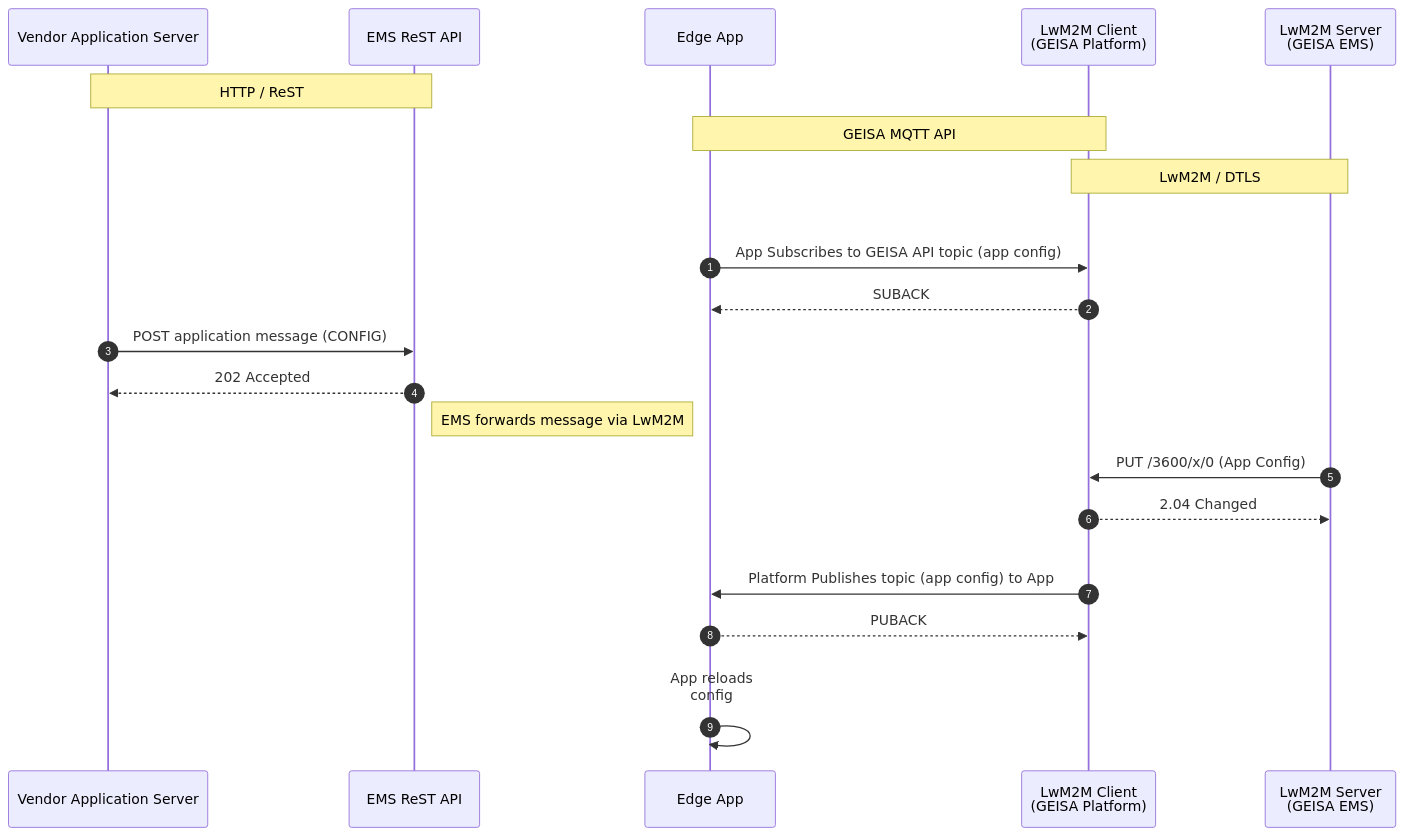
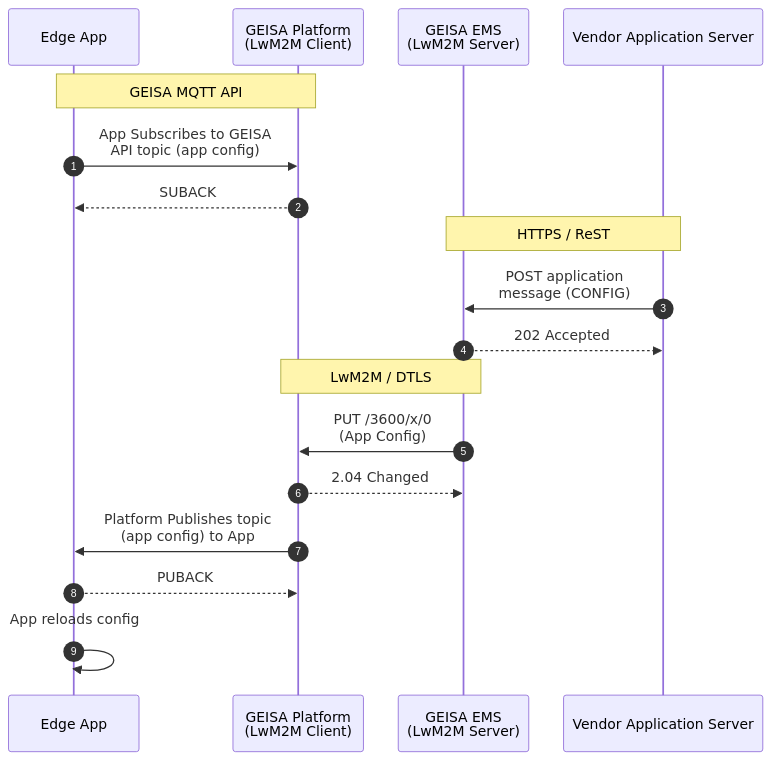
The diagram in source/adm/app-messaging-config.mermaid (geisa/specification), drawn with Mermaid before and after one commit. The commit also changed 2 other files, not shown here.

Commit message:
Update GEISA ADM OMA object baseline to 2.0

```diff
--- a/source/adm/app-messaging-config.mermaid
+++ b/source/adm/app-messaging-config.mermaid
@@ -1,36 +1,34 @@
 %%
 %%  Copyright 2025, Contributors to the Grid Edge Interoperability & Security Alliance (GEISA) a Series of LF Projects, LLC
 %%  This file is licensed under the Community Specification License 1.0 available at:
 %%  https://github.com/geisa/specification/blob/main/LICENSE.md or
 %%  https://github.com/CommunitySpecification/Community_Specification/blob/main/1._Community_Specification_License-v1.md
 %%
 %%
 
 %%{init: { 'sequence': { 'actorMargin': 40 } } }%%
 
 sequenceDiagram
     autonumber
+    participant A as Edge App
+    participant C as GEISA Platform<br/>(LwM2M Client)
+    participant S as GEISA EMS<br/>(LwM2M Server)
     participant V as Vendor Application Server
-    participant E as EMS ReST API
-    participant A as Edge App
-    participant C as LwM2M Client<br/>(GEISA Platform)
-    participant S as LwM2M Server<br/>(GEISA EMS)
 
-    Note over V,E: HTTP / ReST
+
     Note over A,C: GEISA MQTT API
-    Note over C,S: LwM2M / DTLS
-
-    A->>C: <br/><br/>App Subscribes to GEISA API topic (app config)
+    A->>C: App Subscribes to GEISA<br/>API topic (app config)
     C-->>A: SUBACK
 
-    V->>E: POST application message (CONFIG)
-    E-->>V: 202 Accepted
-    Note right of E: EMS forwards message via LwM2M
+    Note over V,S: HTTPS / ReST
+    V->>S: POST application<br/>message (CONFIG)
+    S-->>V: 202 Accepted
 
-    S->>C: PUT /3600/x/0 (App Config)
+    Note over C,S: LwM2M / DTLS
+    S->>C: PUT /3600/x/0<br/>(App Config)
     C-->>S: 2.04 Changed
 
-    C->>A: <br/><br/>Platform Publishes topic (app config) to App
+    C->>A: Platform Publishes topic<br/>(app config) to App
     A-->>C: PUBACK
 
-    A->>A: <br/>App reloads <br/>config<br/>
+    A->>A: App reloads config<br/>
```
